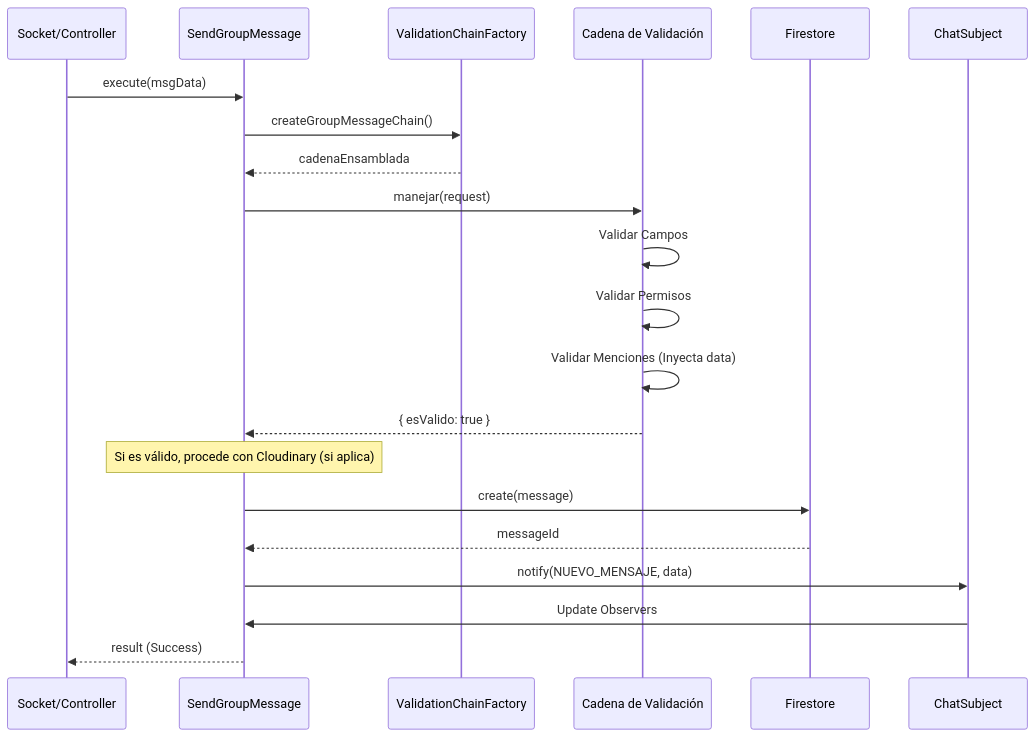
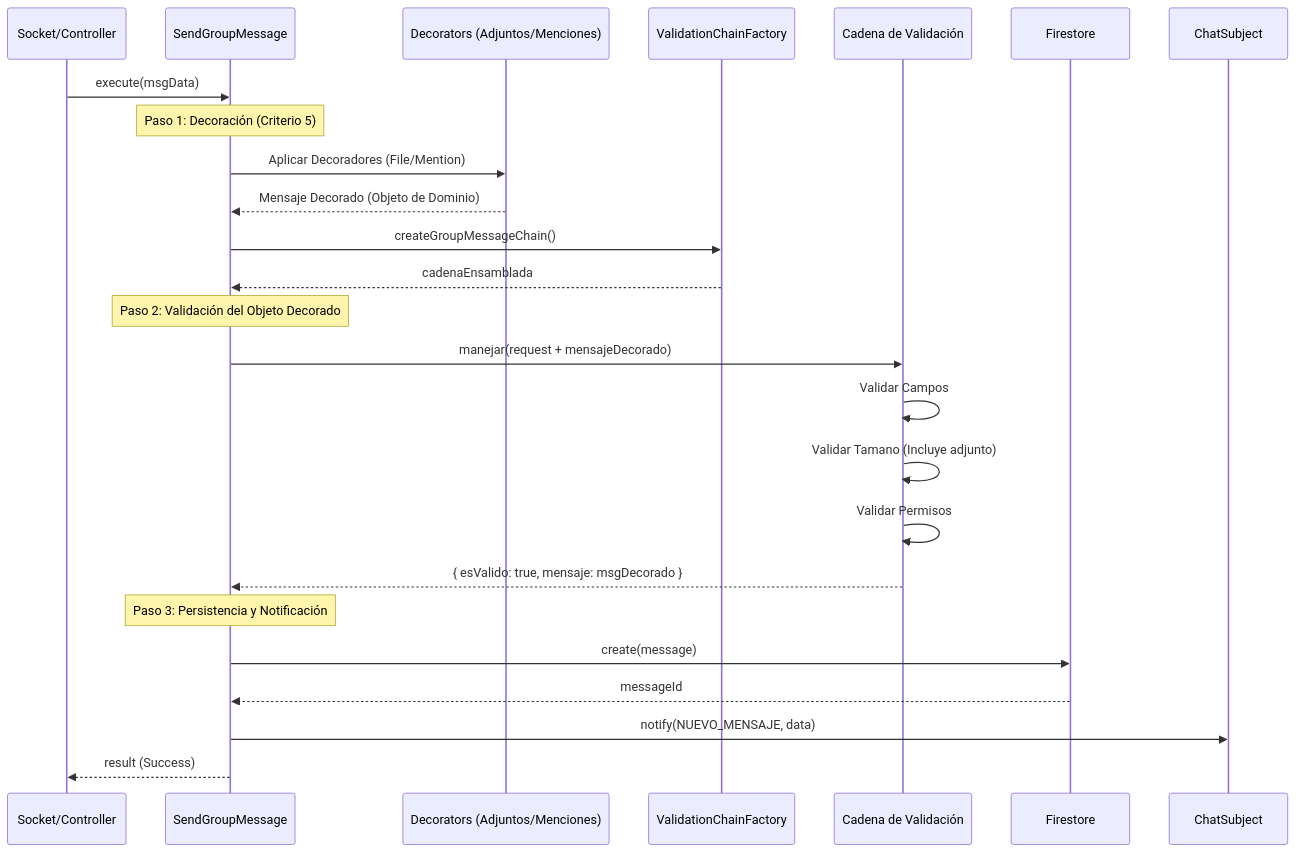
The third of 4 diagrams in uniconnect_g3_backend/uniconnect-backend/services/chat-service/README.md (mel30101/uniconnectG3), drawn with Mermaid before and after one commit. The commit also changed other lines of this file and 3 other files, not shown here.

````diff
--- a/uniconnect_g3_backend/uniconnect-backend/services/chat-service/README.md
+++ b/uniconnect_g3_backend/uniconnect-backend/services/chat-service/README.md
@@ -141,28 +141,32 @@
 ```mermaid
 sequenceDiagram
     participant C as Socket/Controller
     participant UC as SendGroupMessage
+    participant Dec as Decorators (Adjuntos/Menciones)
     participant F as ValidationChainFactory
     participant Chain as Cadena de Validación
     participant DB as Firestore
     participant Sub as ChatSubject
 
     C->>UC: execute(msgData)
+    
+    Note over UC: Paso 1: Decoración (Criterio 5)
+    UC->>Dec: Aplicar Decoradores (File/Mention)
+    Dec-->>UC: Mensaje Decorado (Objeto de Dominio)
+
     UC->>F: createGroupMessageChain()
     F-->>UC: cadenaEnsamblada
-    UC->>Chain: manejar(request)
+    
+    Note over UC: Paso 2: Validación del Objeto Decorado
+    UC->>Chain: manejar(request + mensajeDecorado)
     Chain->>Chain: Validar Campos
+    Chain->>Chain: Validar Tamano (Incluye adjunto)
     Chain->>Chain: Validar Permisos
-    Chain->>Chain: Validar Menciones (Inyecta data)
-    Chain-->>UC: { esValido: true }
+    Chain-->>UC: { esValido: true, mensaje: msgDecorado }
     
-    Note over UC: Si es válido, procede con Cloudinary (si aplica)
-    
+    Note over UC: Paso 3: Persistencia y Notificación
     UC->>DB: create(message)
     DB-->>UC: messageId
-    
     UC->>Sub: notify(NUEVO_MENSAJE, data)
-    Sub->>UC: Update Observers
-    
     UC-->>C: result (Success)
 ```
````
